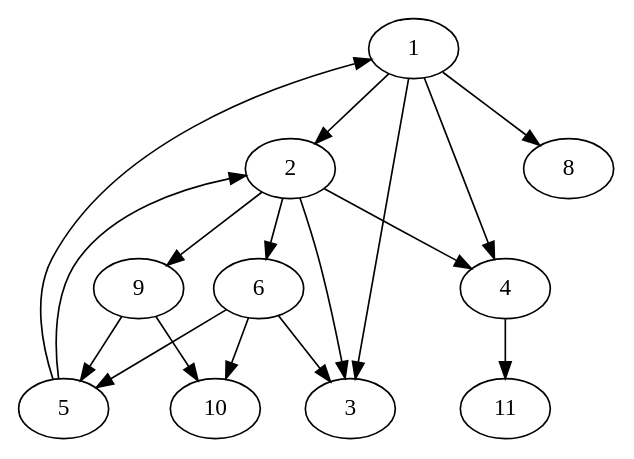
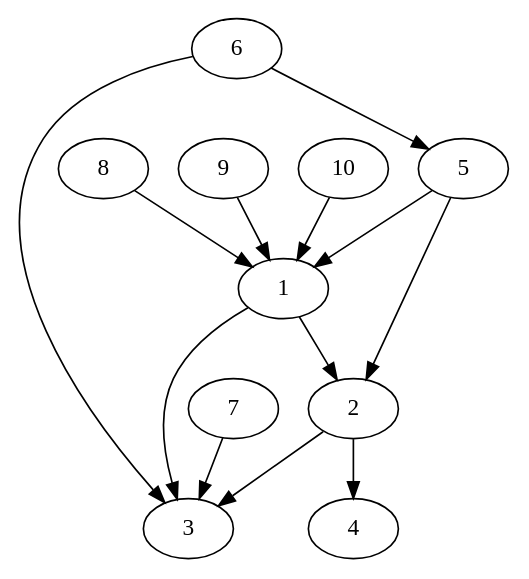
Before and after one commit to hoanghailongvn/HUST_OOP: the diagram in out/production/untitled/output/dot/all.dot, drawn with Graphviz. The commit also changed 20 other files, not shown here.

```diff
--- a/out/production/untitled/output/dot/all.dot
+++ b/out/production/untitled/output/dot/all.dot
@@ -1,22 +1,14 @@
 strict digraph myGraph {
 1 -> 2
 1 -> 3
 2 -> 3
 2 -> 4
 5 -> 1
 5 -> 2
 6 -> 3
 6 -> 5
-1 -> 4
-1 -> 8
-1 -> 2
-1 -> 2
-1 -> 2
-9 -> 10
-6 -> 10
-9 -> 5
-4 -> 11
-2 -> 9
-2 -> 4
-2 -> 6
+7 -> 3
+8 -> 1
+9 -> 1
+10 -> 1
 }
```
